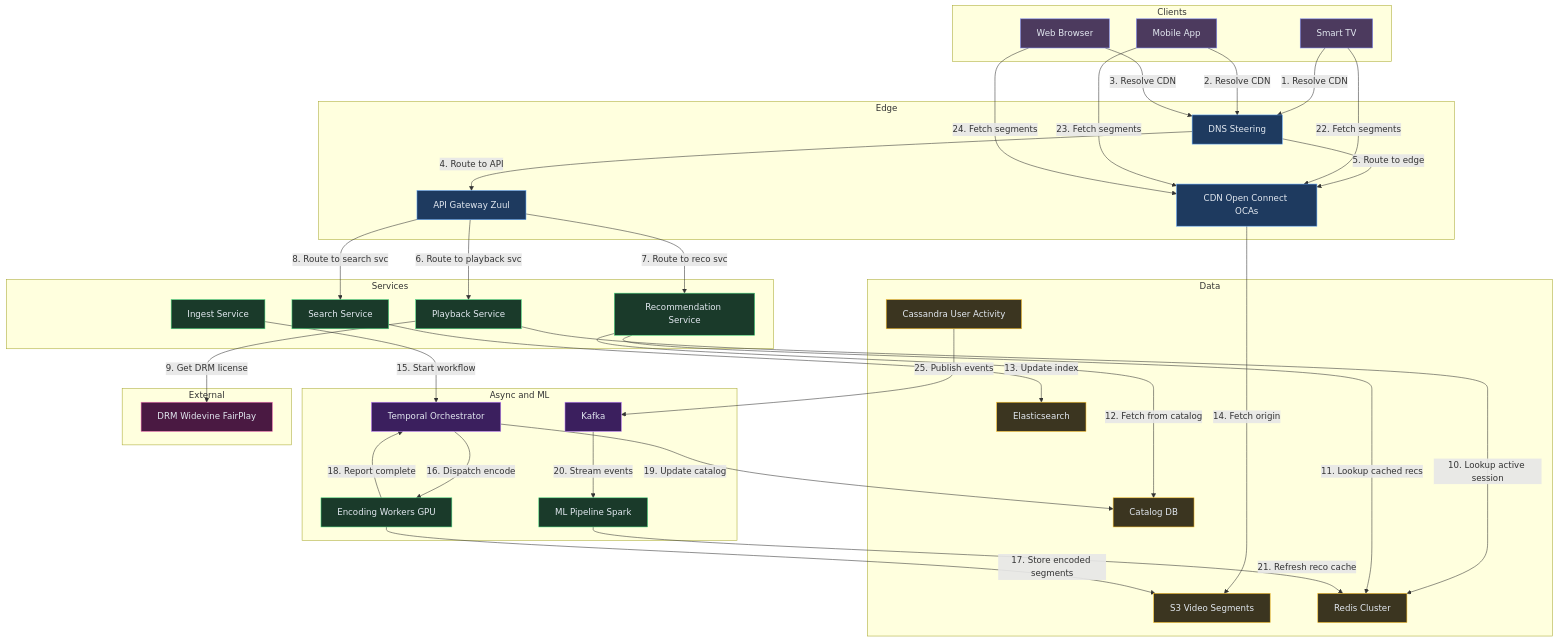
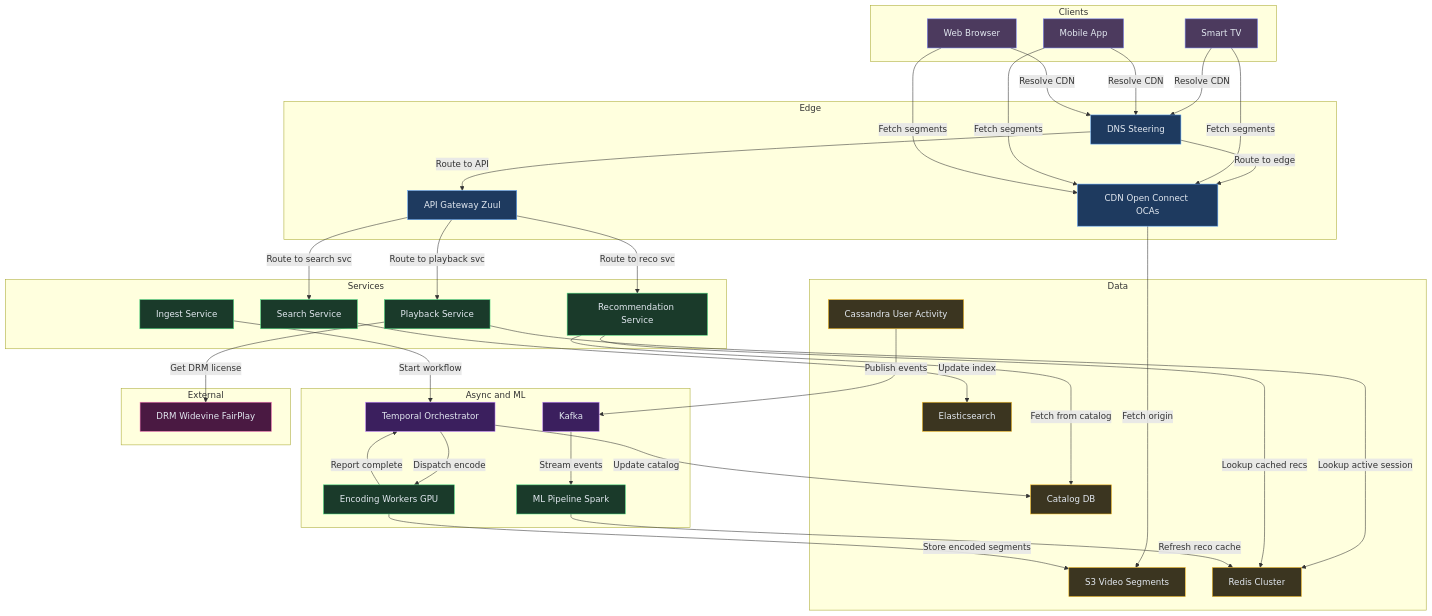
The tenth of 10 diagrams in content/hld/Netflix.md (iluzn/HLD-Designs), drawn with Mermaid before and after one commit. The commit also changed 26 other files, not shown here.

First line of the commit message:
fix(hld): Remove confusing number prefixes from final architecture diagrams

````diff
--- a/content/hld/Netflix.md
+++ b/content/hld/Netflix.md
@@ -631,73 +631,73 @@
 ```mermaid
 flowchart TD
     subgraph Clients
         TV["Smart TV"]:::client
         MOB["Mobile App"]:::client
         WEB["Web Browser"]:::client
     end
 
     subgraph Edge
         DNS["DNS Steering"]:::edge
         GW["API Gateway Zuul"]:::edge
         CDN["CDN Open Connect OCAs"]:::edge
     end
 
     subgraph Services
         PS["Playback Service"]:::service
         RS["Recommendation Service"]:::service
         IS["Ingest Service"]:::service
         SS["Search Service"]:::service
     end
 
     subgraph Async and ML
         KF["Kafka"]:::async
         TMP["Temporal Orchestrator"]:::async
         EW["Encoding Workers GPU"]:::service
         ML["ML Pipeline Spark"]:::service
     end
 
     subgraph Data
         S3["S3 Video Segments"]:::data
         CAT["Catalog DB"]:::data
         CASS["Cassandra User Activity"]:::data
         RD["Redis Cluster"]:::data
         ES["Elasticsearch"]:::data
     end
 
     subgraph External
         DRM["DRM Widevine FairPlay"]:::external
     end
 
-    TV -->|"1. Resolve CDN"| DNS
-    MOB -->|"2. Resolve CDN"| DNS
-    WEB -->|"3. Resolve CDN"| DNS
-    DNS -->|"4. Route to API"| GW
-    DNS -->|"5. Route to edge"| CDN
-    GW -->|"6. Route to playback svc"| PS
-    GW -->|"7. Route to reco svc"| RS
-    GW -->|"8. Route to search svc"| SS
-    PS -->|"9. Get DRM license"| DRM
-    PS -->|"10. Lookup active session"| RD
-    RS -->|"11. Lookup cached recs"| RD
-    RS -->|"12. Fetch from catalog"| CAT
-    SS -->|"13. Update index"| ES
-    CDN -->|"14. Fetch origin"| S3
-    IS -->|"15. Start workflow"| TMP
-    TMP -->|"16. Dispatch encode"| EW
-    EW -->|"17. Store encoded segments"| S3
-    EW -->|"18. Report complete"| TMP
-    TMP -->|"19. Update catalog"| CAT
-    KF -->|"20. Stream events"| ML
-    ML -->|"21. Refresh reco cache"| RD
-    TV -->|"22. Fetch segments"| CDN
-    MOB -->|"23. Fetch segments"| CDN
-    WEB -->|"24. Fetch segments"| CDN
-    CASS -->|"25. Publish events"| KF
+    TV -->|"Resolve CDN"| DNS
+    MOB -->|"Resolve CDN"| DNS
+    WEB -->|"Resolve CDN"| DNS
+    DNS -->|"Route to API"| GW
+    DNS -->|"Route to edge"| CDN
+    GW -->|"Route to playback svc"| PS
+    GW -->|"Route to reco svc"| RS
+    GW -->|"Route to search svc"| SS
+    PS -->|"Get DRM license"| DRM
+    PS -->|"Lookup active session"| RD
+    RS -->|"Lookup cached recs"| RD
+    RS -->|"Fetch from catalog"| CAT
+    SS -->|"Update index"| ES
+    CDN -->|"Fetch origin"| S3
+    IS -->|"Start workflow"| TMP
+    TMP -->|"Dispatch encode"| EW
+    EW -->|"Store encoded segments"| S3
+    EW -->|"Report complete"| TMP
+    TMP -->|"Update catalog"| CAT
+    KF -->|"Stream events"| ML
+    ML -->|"Refresh reco cache"| RD
+    TV -->|"Fetch segments"| CDN
+    MOB -->|"Fetch segments"| CDN
+    WEB -->|"Fetch segments"| CDN
+    CASS -->|"Publish events"| KF
 
     classDef client fill:#4c3a5e,stroke:#818cf8,color:#e2e8f0
     classDef edge fill:#1e3a5f,stroke:#60a5fa,color:#e2e8f0
     classDef service fill:#1a3a2a,stroke:#4ade80,color:#e2e8f0
     classDef async fill:#3b1f5e,stroke:#c084fc,color:#e2e8f0
     classDef data fill:#3b3520,stroke:#fbbf24,color:#e2e8f0
     classDef external fill:#4a1942,stroke:#f472b6,color:#e2e8f0
 ```
````
